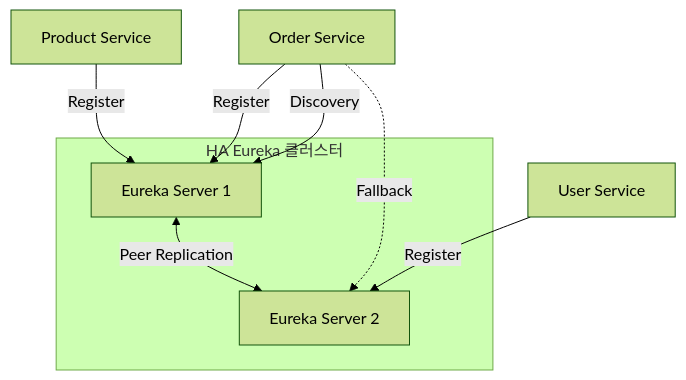
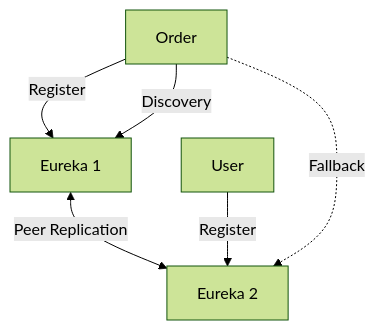
The fourth of 4 diagrams in _posts/spring/2026-05-01-spring-eureka.md (yjkim2015/yjkim2015.github.io), drawn with Mermaid (forest theme) before and after one commit. The commit also changed other lines of this file and 155 other files, not shown here.

First line of the commit message:
Mermaid 전면 수정: subgraph 제거, participant/노드/줄수 축소 (342블록)

````diff
--- a/_posts/spring/2026-05-01-spring-eureka.md
+++ b/_posts/spring/2026-05-01-spring-eureka.md
@@ -217,13 +215,8 @@
 ```mermaid
 graph TD
-    subgraph "HA Eureka 클러스터"
-        ES1["Eureka Server 1"]
-        ES2["Eureka Server 2"]
-        ES1 <-->|"Peer Replication"| ES2
-    end
-    MS1["Order Service"] -->|"Register"| ES1
-    MS2["User Service"] -->|"Register"| ES2
-    MS3["Product Service"] -->|"Register"| ES1
-    MS1 -->|"Discovery"| ES1
-    MS1 -.->|"Fallback"| ES2
+    ES1["Eureka 1"] <-->|Peer Replication| ES2["Eureka 2"]
+    MS1["Order"] -->|Register| ES1
+    MS2["User"] -->|Register| ES2
+    MS1 -->|Discovery| ES1
+    MS1 -.->|Fallback| ES2
 ```
````
